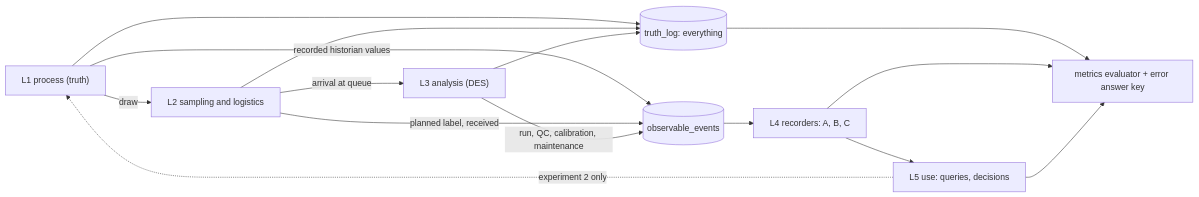
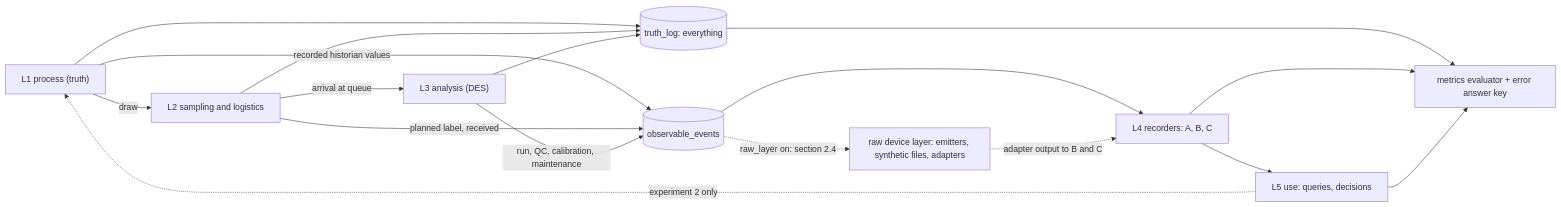
Before and after one commit to jin-wolee/LS_Bioprocess: the first of 6 diagrams in docs/design/simulation_spec.md, drawn with Mermaid. The commit also changed other lines of this file and 4 other files, not shown here.

First line of the commit message:
docs(design): raw device layer and output adapters modeled on public documentation

````diff
--- a/docs/design/simulation_spec.md
+++ b/docs/design/simulation_spec.md
@@ -23,17 +23,19 @@
 ```mermaid
 flowchart LR
   L1["L1 process (truth)"] -->|draw| L2["L2 sampling and logistics"]
   L2 -->|arrival at queue| L3["L3 analysis (DES)"]
   L1 --> TL[("truth_log: everything")]
   L2 --> TL
   L3 --> TL
   L1 -->|recorded historian values| OE[("observable_events")]
   L2 -->|planned label, received| OE
   L3 -->|run, QC, calibration, maintenance| OE
   OE --> L4["L4 recorders: A, B, C"]
+  OE -. "raw_layer on: section 2.4" .-> RAW["raw device layer: emitters, synthetic files, adapters"]
+  RAW -. "adapter output to B and C" .-> L4
   L4 --> L5["L5 use: queries, decisions"]
   L5 -. "experiment 2 only" .-> L1
   TL --> EV["metrics evaluator + error answer key"]
   L4 --> EV
   L5 --> EV
 ```
````
